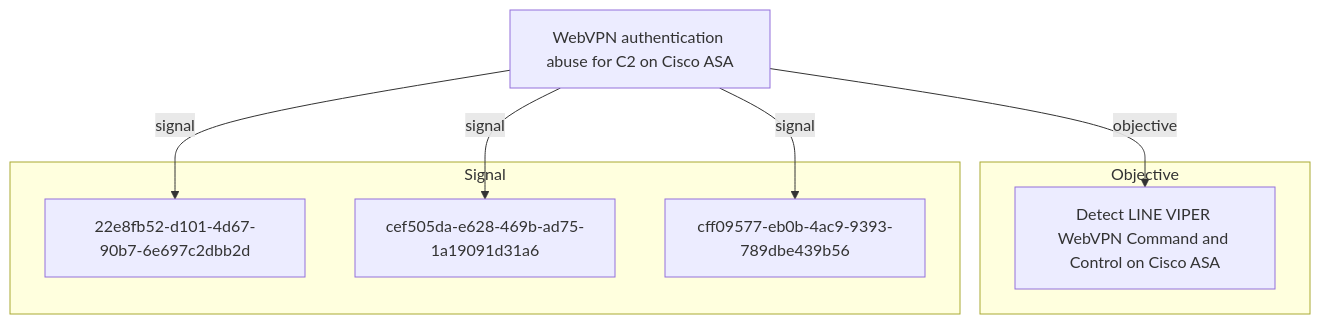
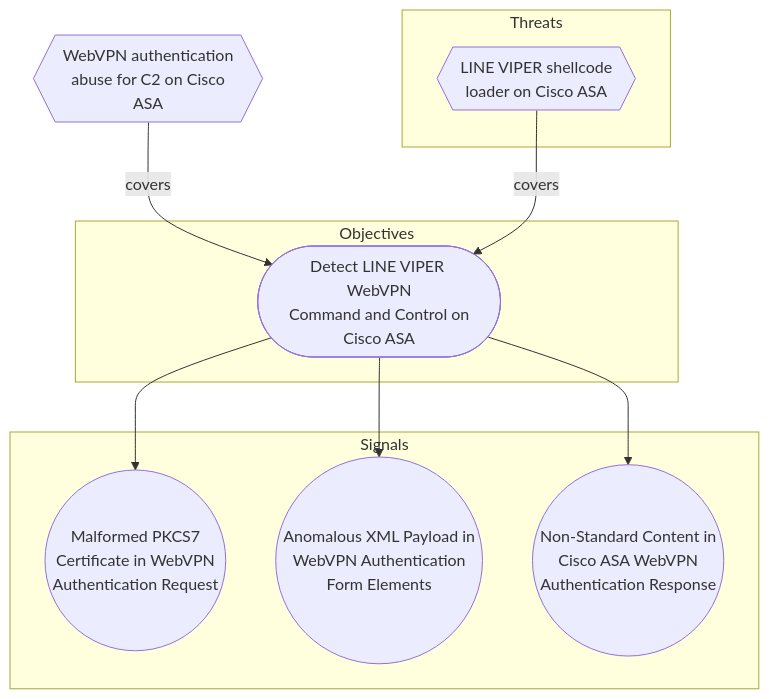
The second of 2 diagrams in docs/threats/webvpn-authentication-abuse-for-c2-on-cisco-asa.md (opentidehq/library), drawn with Mermaid before and after one commit. The commit also changed other lines of this file and 540 other files, not shown here.

````diff
--- a/docs/threats/webvpn-authentication-abuse-for-c2-on-cisco-asa.md
+++ b/docs/threats/webvpn-authentication-abuse-for-c2-on-cisco-asa.md
@@ -161,16 +184,20 @@
 ```mermaid
 flowchart TB
-subgraph "Objective"
-8546b0d8_c9e1_4a51_bf64_2b93c4159ebf["Detect LINE VIPER WebVPN Command and Control on Cisco ASA"]
+subgraph "Objectives"
+8546b0d8_c9e1_4a51_bf64_2b93c4159ebf(["Detect LINE VIPER WebVPN<br>Command and Control on<br>Cisco ASA"])
 end
-subgraph "Signal"
-22e8fb52_d101_4d67_90b7_6e697c2dbb2d["22e8fb52-d101-4d67-90b7-6e697c2dbb2d"]
-cef505da_e628_469b_ad75_1a19091d31a6["cef505da-e628-469b-ad75-1a19091d31a6"]
-cff09577_eb0b_4ac9_9393_789dbe439b56["cff09577-eb0b-4ac9-9393-789dbe439b56"]
+subgraph "Threats"
+b6175f16_2b61_4116_bd97_de54b02b197e{{"LINE VIPER shellcode<br>loader on Cisco ASA"}}
 end
-fcc552fb_b4d1_4b47_b366_104ec4d806ef["WebVPN authentication abuse for C2 on Cisco ASA"]
-fcc552fb_b4d1_4b47_b366_104ec4d806ef -->|objective| 8546b0d8_c9e1_4a51_bf64_2b93c4159ebf
-fcc552fb_b4d1_4b47_b366_104ec4d806ef -->|signal| 22e8fb52_d101_4d67_90b7_6e697c2dbb2d
-fcc552fb_b4d1_4b47_b366_104ec4d806ef -->|signal| cef505da_e628_469b_ad75_1a19091d31a6
-fcc552fb_b4d1_4b47_b366_104ec4d806ef -->|signal| cff09577_eb0b_4ac9_9393_789dbe439b56
+subgraph "Signals"
+22e8fb52_d101_4d67_90b7_6e697c2dbb2d(("Malformed PKCS7<br>Certificate in WebVPN<br>Authentication Request"))
+cff09577_eb0b_4ac9_9393_789dbe439b56(("Anomalous XML Payload in<br>WebVPN Authentication<br>Form Elements"))
+cef505da_e628_469b_ad75_1a19091d31a6(("Non-Standard Content in<br>Cisco ASA WebVPN<br>Authentication Response"))
+end
+fcc552fb_b4d1_4b47_b366_104ec4d806ef{{"WebVPN authentication<br>abuse for C2 on Cisco<br>ASA"}}
+fcc552fb_b4d1_4b47_b366_104ec4d806ef -->|covers| 8546b0d8_c9e1_4a51_bf64_2b93c4159ebf
+b6175f16_2b61_4116_bd97_de54b02b197e -->|covers| 8546b0d8_c9e1_4a51_bf64_2b93c4159ebf
+8546b0d8_c9e1_4a51_bf64_2b93c4159ebf --> 22e8fb52_d101_4d67_90b7_6e697c2dbb2d
+8546b0d8_c9e1_4a51_bf64_2b93c4159ebf --> cff09577_eb0b_4ac9_9393_789dbe439b56
+8546b0d8_c9e1_4a51_bf64_2b93c4159ebf --> cef505da_e628_469b_ad75_1a19091d31a6
 ```
````
